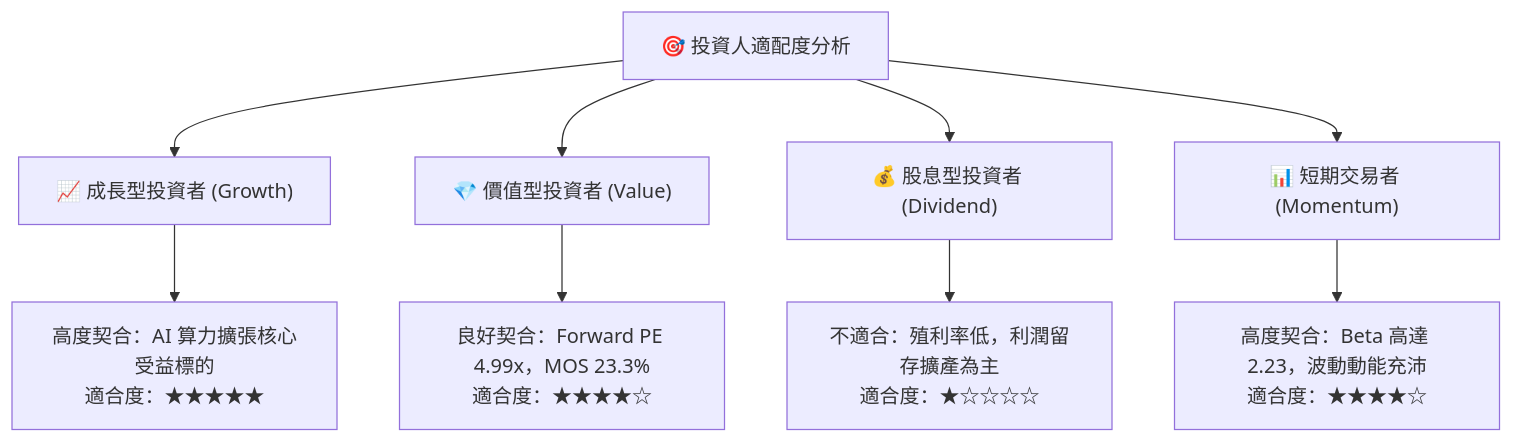
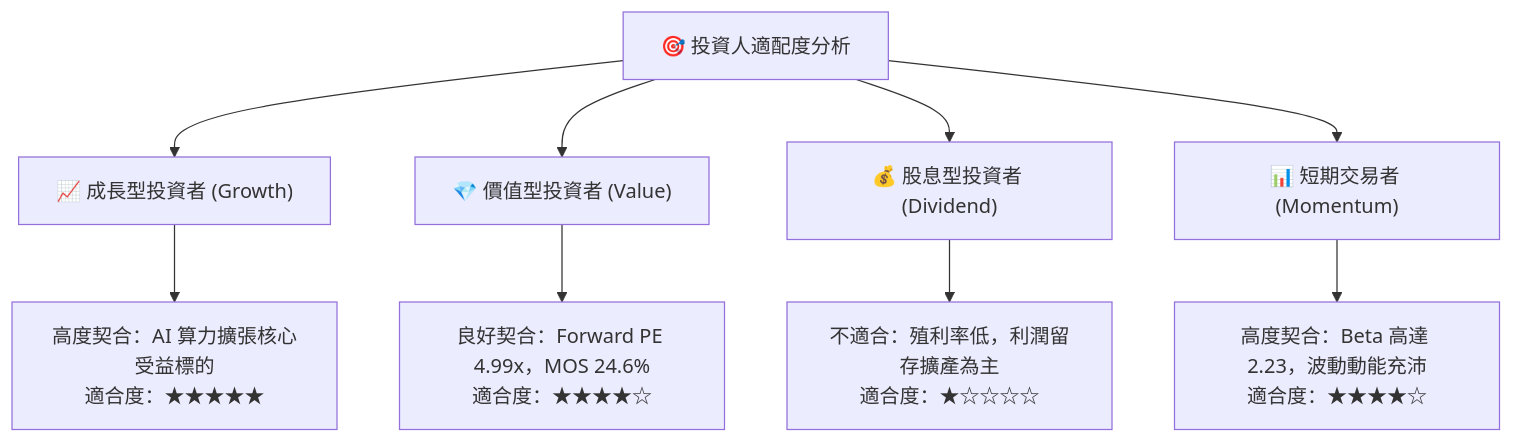
Diagram 15 of 15 in ai_gen_report/fundamental/mu/fundamental_analysis_2026-10-10_gemini.md (yennanliu/finance_data), drawn with Mermaid before and after one commit. The commit also changed other lines of this file and 339 other files, not shown here.

````diff
--- a/ai_gen_report/fundamental/mu/fundamental_analysis_2026-10-10_gemini.md
+++ b/ai_gen_report/fundamental/mu/fundamental_analysis_2026-10-10_gemini.md
@@ -1083,14 +1098,14 @@
 ```mermaid
 graph TD
     INV["🎯 投資人適配度分析"]
 
     INV --> G["📈 成長型投資者 (Growth)"]
     INV --> V["💎 價值型投資者 (Value)"]
     INV --> D["💰 股息型投資者 (Dividend)"]
     INV --> T["📊 短期交易者 (Momentum)"]
 
     G --> G1["高度契合：AI 算力擴張核心受益標的<br/>適合度：★★★★★"]
-    V --> V1["良好契合：Forward PE 4.99x，MOS 23.3%<br/>適合度：★★★★☆"]
+    V --> V1["良好契合：Forward PE 4.99x，MOS 24.6%<br/>適合度：★★★★☆"]
     D --> D1["不適合：殖利率低，利潤留存擴產為主<br/>適合度：★☆☆☆☆"]
     T --> T1["高度契合：Beta 高達 2.23，波動動能充沛<br/>適合度：★★★★☆"]
 ```
````
